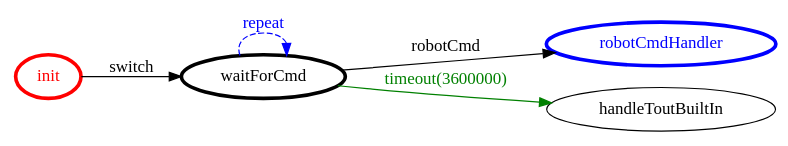
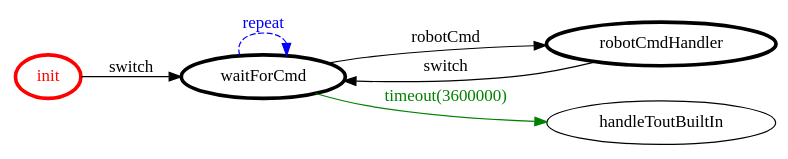
One commit to FraGio/iss2018 changed the diagram in it.unibo.reqAnalysis/srcMore/it/unibo/robot/robot.gv. Above: the diagram before and after it, drawn with Graphviz. The commit also changed 30 other files, not shown here.

```diff
--- a/it.unibo.reqAnalysis/srcMore/it/unibo/robot/robot.gv
+++ b/it.unibo.reqAnalysis/srcMore/it/unibo/robot/robot.gv
@@ -1,20 +1,21 @@
 /*
 *
 * A GraphViz DOT FSM description 
 * Please use a GraphViz visualizer (like http://www.webgraphviz.com)
 *  
 */
 
 digraph finite_state_machine {
 	rankdir=LR
 	size="8,5"
 	
 	init [ color = red ][ fontcolor = red ][ penwidth = 3 ]
 	waitForCmd [ color = black ][ fontcolor = black ][ penwidth = 3 ]
-	robotCmdHandler [ color = blue ][ fontcolor = blue ][ penwidth = 3 ]
+	robotCmdHandler [ color = black ][ fontcolor = black ][ penwidth = 3 ]
 	
 	waitForCmd -> handleToutBuiltIn [ label = "timeout(3600000)" ][ color = green ][ fontcolor = green ]
+	robotCmdHandler -> waitForCmd [ label = "switch" ][ color = black ][ fontcolor = black ]
 	waitForCmd -> robotCmdHandler [ label = "robotCmd" ][ color = black ][ fontcolor = black ]
 	init -> waitForCmd [ label = "switch" ][ color = black ][ fontcolor = black ]
 	waitForCmd -> waitForCmd [ label = "repeat "][ style = dashed ][ color = blue ][ fontcolor = blue ]
 }
```
